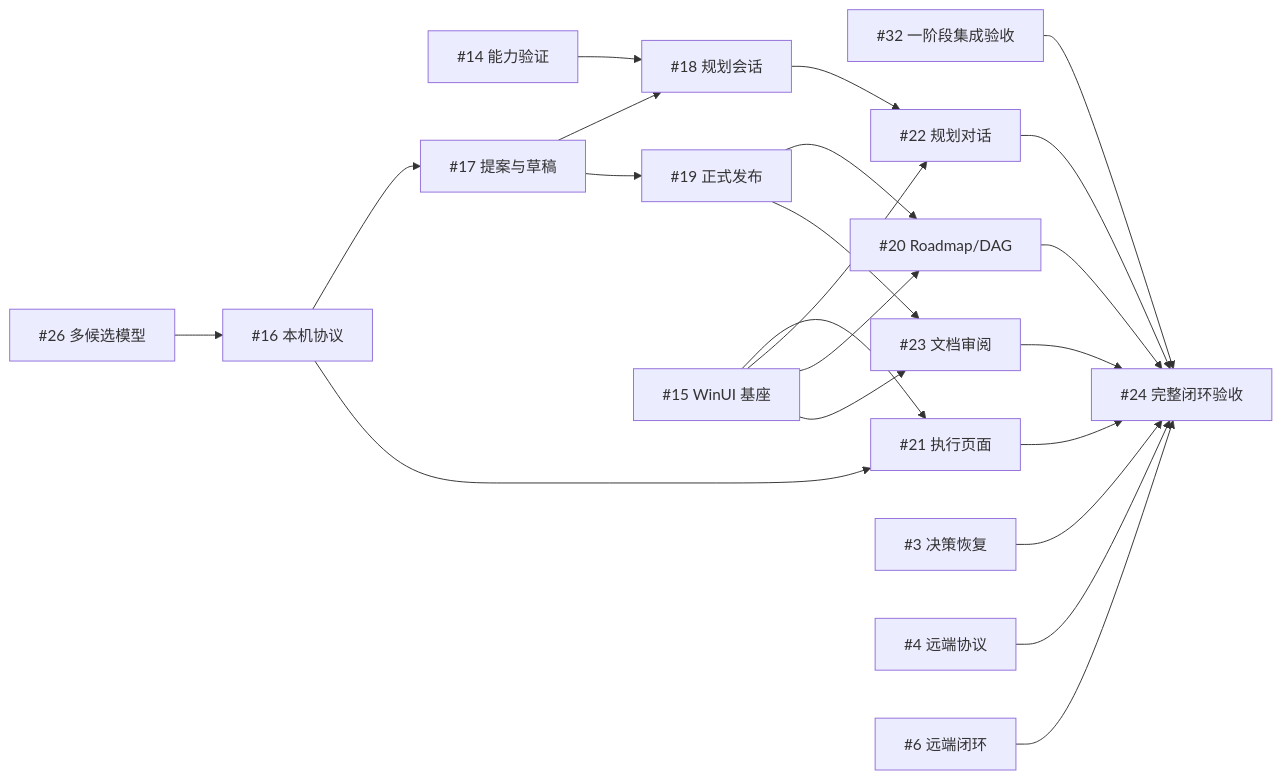
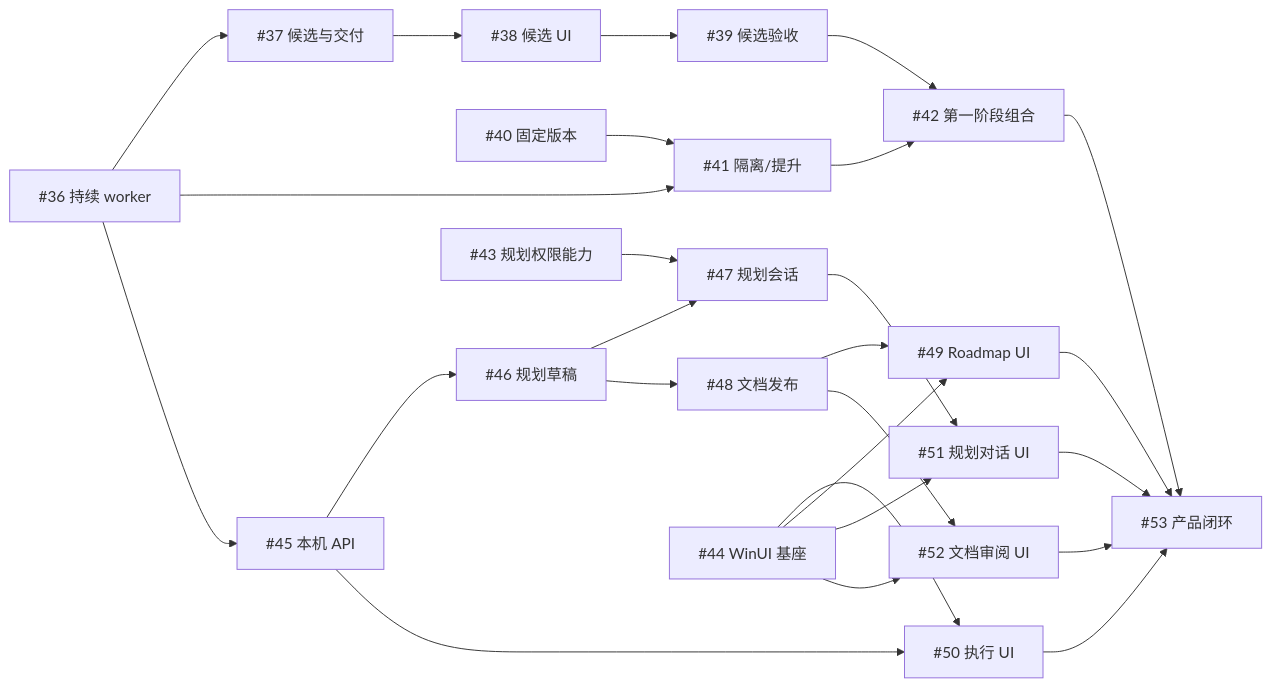
Before and after one commit to erranliu/SteerLine: the diagram in docs/roadmap/execution-map.md, drawn with Mermaid. The commit also changed other lines of this file and 110 other files, not shown here.

Commit message:
Simplify worker-flow roadmap and retire fixed legacy tasks

````diff
--- a/docs/roadmap/execution-map.md
+++ b/docs/roadmap/execution-map.md
@@ -115,24 +28,26 @@
 ```mermaid
 flowchart LR
-    T14["#14 能力验证"] --> T18["#18 规划会话"]
-    T26["#26 多候选模型"] --> T16["#16 本机协议"]
-    T32["#32 一阶段集成验收"] --> T24["#24 完整闭环验收"]
-    T16["#16 本机协议"] --> T17["#17 提案与草稿"]
-    T17 --> T18
-    T17 --> T19["#19 正式发布"]
-    T15["#15 WinUI 基座"] --> T21["#21 执行页面"]
-    T16 --> T21
-    T15 --> T22["#22 规划对话"]
-    T18 --> T22
-    T15 --> T20["#20 Roadmap/DAG"]
-    T19 --> T20
-    T15 --> T23["#23 文档审阅"]
-    T19 --> T23
-    T20 --> T24["#24 完整闭环验收"]
-    T21 --> T24
-    T22 --> T24
-    T23 --> T24
-    T3["#3 决策恢复"] --> T24
-    T4["#4 远端协议"] --> T24
-    T6["#6 远端闭环"] --> T24
+    W36["#36 持续 worker"] --> C37["#37 候选与交付"] --> U38["#38 候选 UI"] --> A39["#39 候选验收"]
+    V40["#40 固定版本"] --> V41["#41 隔离/提升"]
+    W36 --> V41
+    A39 --> A42["#42 第一阶段组合"]
+    V41 --> A42
+    W36 --> API45["#45 本机 API"]
+    API45 --> P46["#46 规划草稿"]
+    P46 --> S47["#47 规划会话"]
+    C43["#43 规划权限能力"] --> S47
+    P46 --> P48["#48 文档发布"]
+    UI44["#44 WinUI 基座"] --> E50["#50 执行 UI"]
+    API45 --> E50
+    UI44 --> R49["#49 Roadmap UI"]
+    P48 --> R49
+    UI44 --> C51["#51 规划对话 UI"]
+    S47 --> C51
+    UI44 --> R52["#52 文档审阅 UI"]
+    P48 --> R52
+    R49 --> A53["#53 产品闭环"]
+    E50 --> A53
+    C51 --> A53
+    R52 --> A53
+    A42 --> A53
 ```
````
